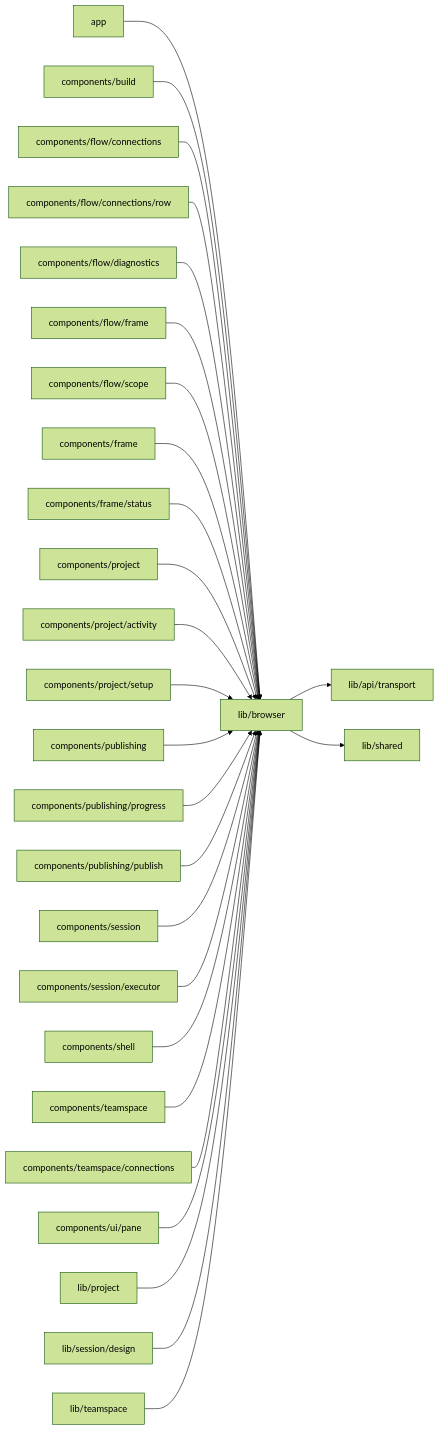
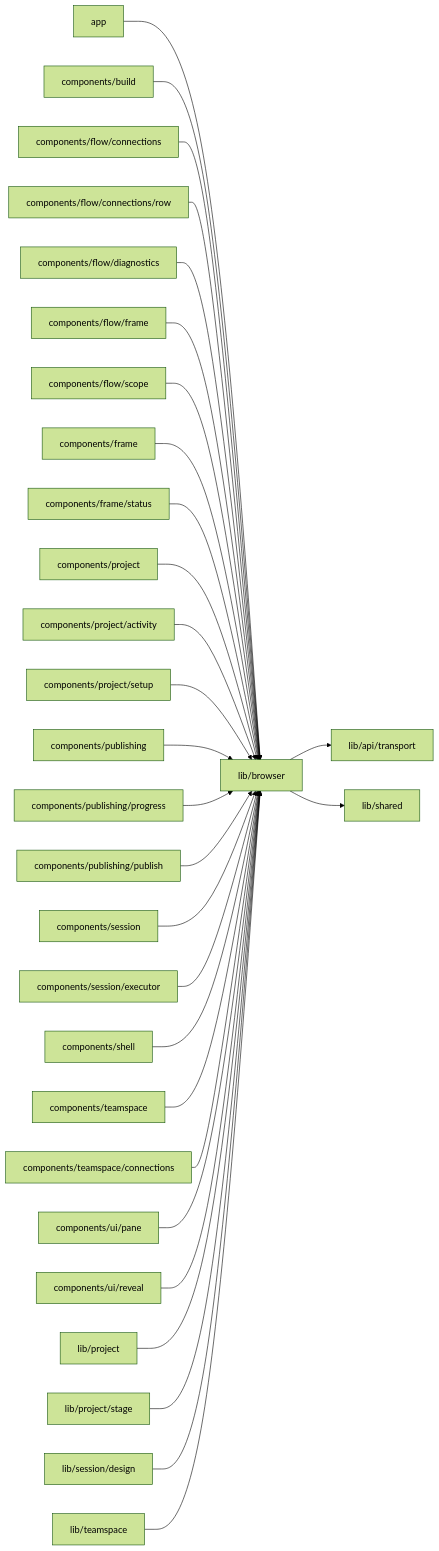
One commit to superdurable/superverse changed the diagram in web/studio/lib/browser/README.md. Above: the diagram before and after it, drawn with Mermaid (forest theme). The commit also changed other lines of this file and 278 other files, not shown here.

````diff
--- a/web/studio/lib/browser/README.md
+++ b/web/studio/lib/browser/README.md
@@ -10,30 +10,32 @@
 ```mermaid
 flowchart LR
   self["lib/browser"]
   c0["app"] --> self
   c1["components/build"] --> self
   c2["components/flow/connections"] --> self
   c3["components/flow/connections/row"] --> self
   c4["components/flow/diagnostics"] --> self
   c5["components/flow/frame"] --> self
   c6["components/flow/scope"] --> self
   c7["components/frame"] --> self
   c8["components/frame/status"] --> self
   c9["components/project"] --> self
   c10["components/project/activity"] --> self
   c11["components/project/setup"] --> self
   c12["components/publishing"] --> self
   c13["components/publishing/progress"] --> self
   c14["components/publishing/publish"] --> self
   c15["components/session"] --> self
   c16["components/session/executor"] --> self
   c17["components/shell"] --> self
   c18["components/teamspace"] --> self
   c19["components/teamspace/connections"] --> self
   c20["components/ui/pane"] --> self
-  c21["lib/project"] --> self
-  c22["lib/session/design"] --> self
-  c23["lib/teamspace"] --> self
+  c21["components/ui/reveal"] --> self
+  c22["lib/project"] --> self
+  c23["lib/project/stage"] --> self
+  c24["lib/session/design"] --> self
+  c25["lib/teamspace"] --> self
   self --> d0["lib/api/transport"]
   self --> d1["lib/shared"]
 ```
````
